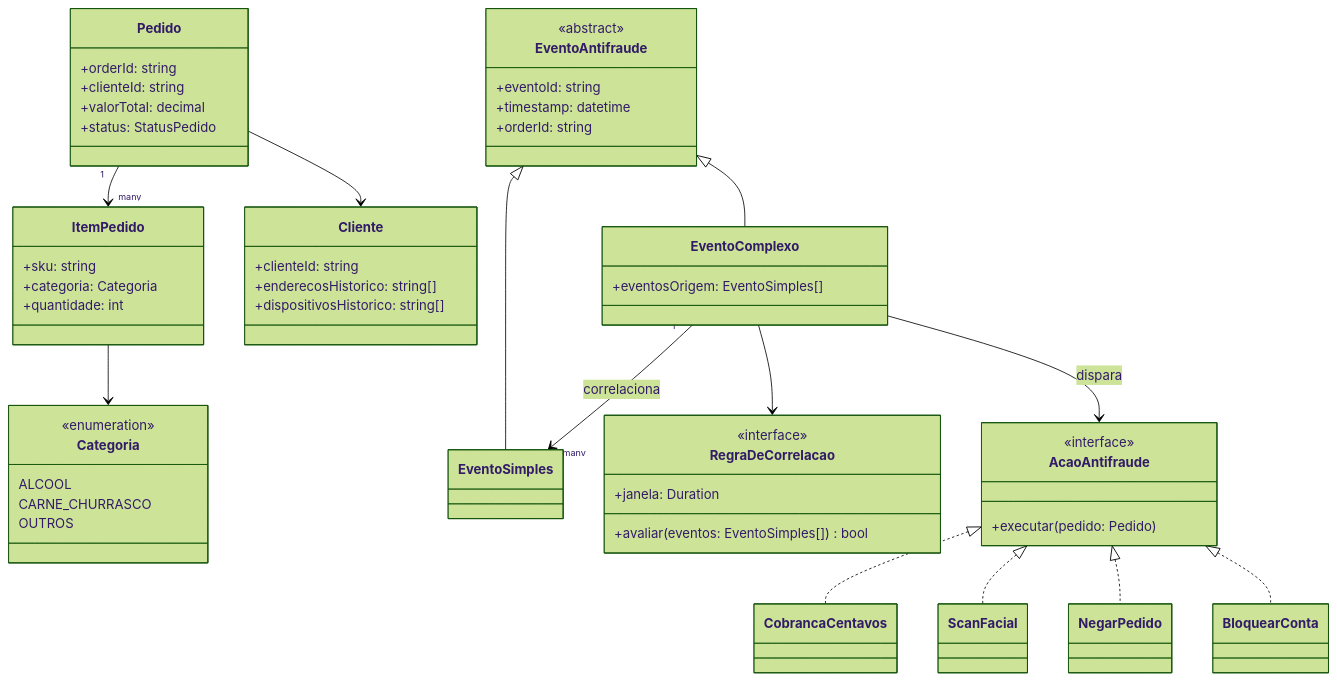
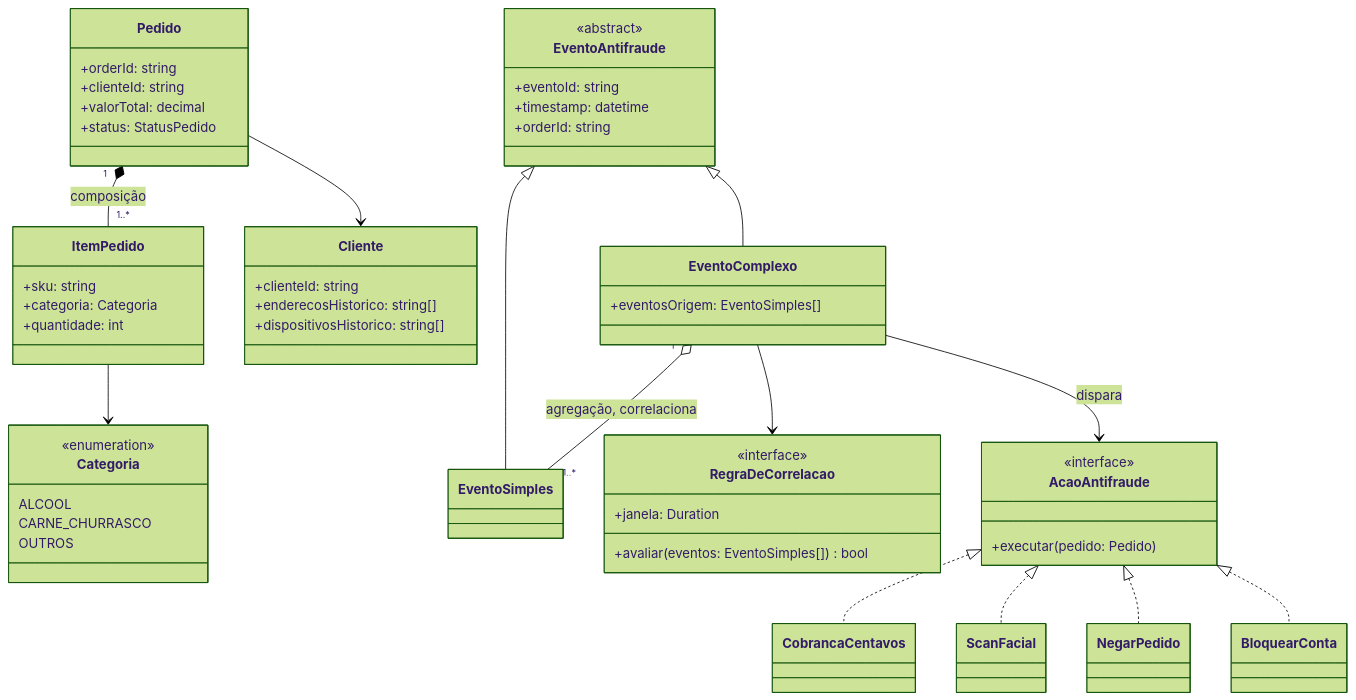
Before and after one commit to AndreLobo1/scsdscd: the first of 6 diagrams in ponderada-cep-antifraude.md, drawn with Mermaid (forest theme). The commit also changed other lines of this file, not shown here.

````diff
--- a/ponderada-cep-antifraude.md
+++ b/ponderada-cep-antifraude.md
@@ -58,61 +59,61 @@
 ```mermaid
 classDiagram
     class Pedido {
         +orderId: string
         +clienteId: string
         +valorTotal: decimal
         +status: StatusPedido
     }
     class ItemPedido {
         +sku: string
         +categoria: Categoria
         +quantidade: int
     }
     class Categoria {
         <<enumeration>>
         ALCOOL
         CARNE_CHURRASCO
         OUTROS
     }
     class Cliente {
         +clienteId: string
         +enderecosHistorico: string[]
         +dispositivosHistorico: string[]
     }
     class EventoAntifraude {
         <<abstract>>
         +eventoId: string
         +timestamp: datetime
         +orderId: string
     }
     class EventoSimples
     class EventoComplexo {
         +eventosOrigem: EventoSimples[]
     }
     class RegraDeCorrelacao {
         <<interface>>
         +janela: Duration
         +avaliar(eventos: EventoSimples[]) bool
     }
     class AcaoAntifraude {
         <<interface>>
         +executar(pedido: Pedido)
     }
     class CobrancaCentavos
     class ScanFacial
     class NegarPedido
     class BloquearConta
 
-    Pedido "1" --> "many" ItemPedido
+    Pedido "1" *-- "1..*" ItemPedido : composição
     ItemPedido --> Categoria
     Pedido --> Cliente
     EventoAntifraude <|-- EventoSimples
     EventoAntifraude <|-- EventoComplexo
     EventoComplexo --> RegraDeCorrelacao
-    EventoComplexo "1" --> "many" EventoSimples : correlaciona
+    EventoComplexo "1" o-- "1..*" EventoSimples : agregação, correlaciona
     EventoComplexo --> AcaoAntifraude : dispara
     AcaoAntifraude <|.. CobrancaCentavos
     AcaoAntifraude <|.. ScanFacial
     AcaoAntifraude <|.. NegarPedido
     AcaoAntifraude <|.. BloquearConta
 ```
````
